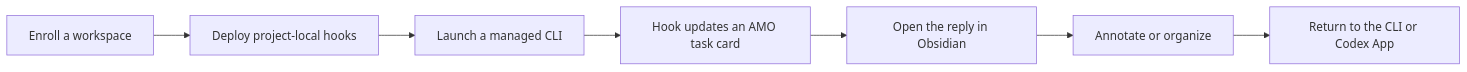
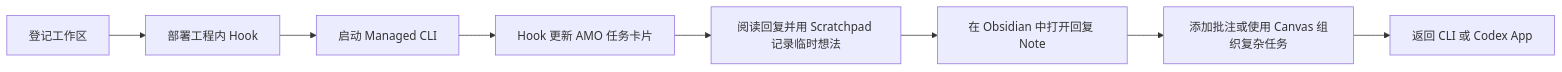
Before and after one commit to kadhygh/AgentMonitorOverlay: the diagram in README.md, drawn with Mermaid. The commit also changed other lines of this file, not shown here.

Commit message:
docs: publish the Chinese AMO introduction

````diff
--- a/README.md
+++ b/README.md
@@ -43,9 +50,10 @@
 ```mermaid
 flowchart LR
-    A["Enroll a workspace"] --> B["Deploy project-local hooks"]
-    B --> C["Launch a managed CLI"]
-    C --> D["Hook updates an AMO task card"]
-    D --> E["Open the reply in Obsidian"]
-    E --> F["Annotate or organize"]
-    F --> G["Return to the CLI or Codex App"]
+    A["登记工作区"] --> B["部署工程内 Hook"]
+    B --> C["启动 Managed CLI"]
+    C --> D["Hook 更新 AMO 任务卡片"]
+    D --> E["阅读回复并用 Scratchpad 记录临时想法"]
+    E --> F["在 Obsidian 中打开回复 Note"]
+    F --> G["添加批注或使用 Canvas 组织复杂任务"]
+    G --> H["返回 CLI 或 Codex App"]
 ```
````
